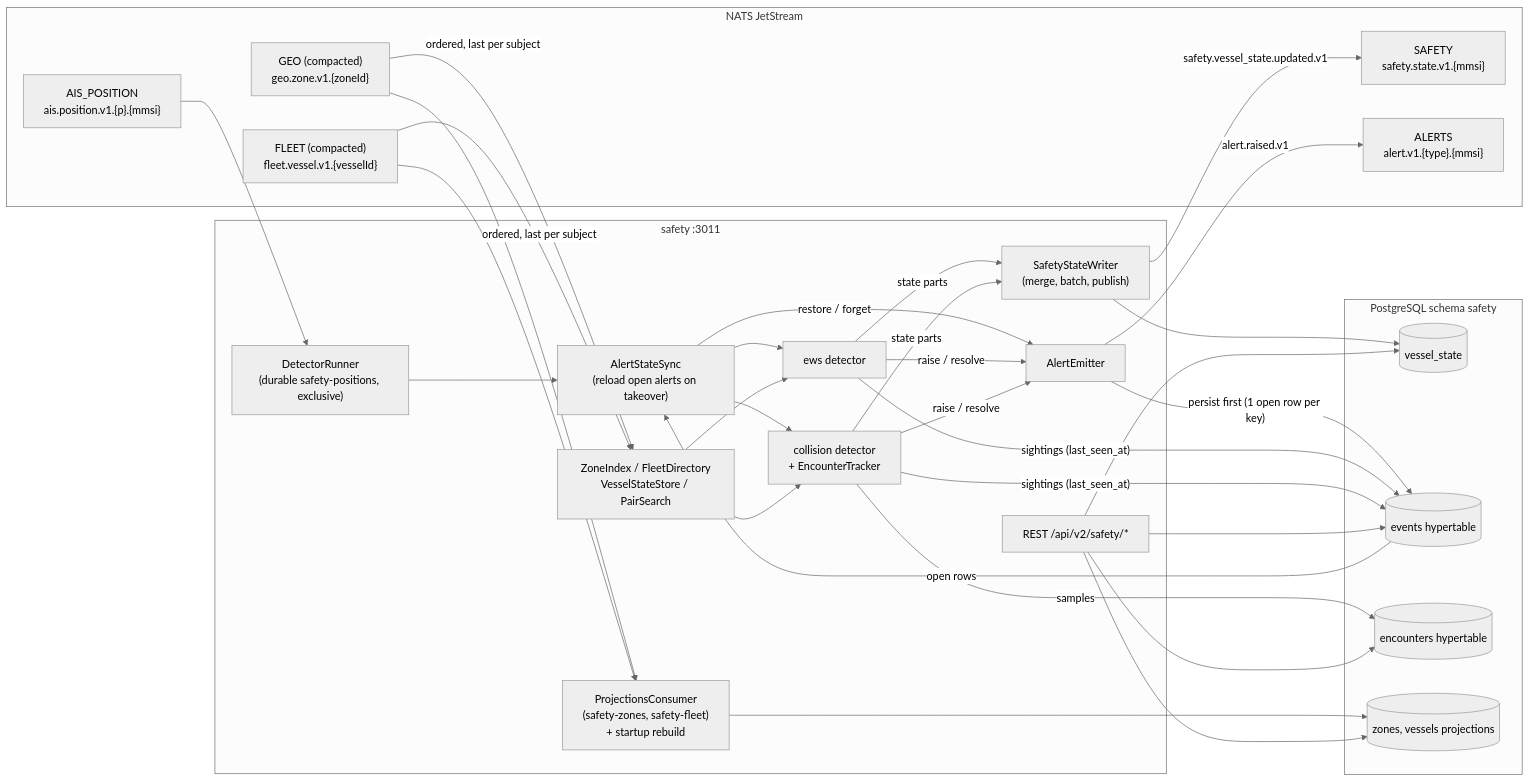
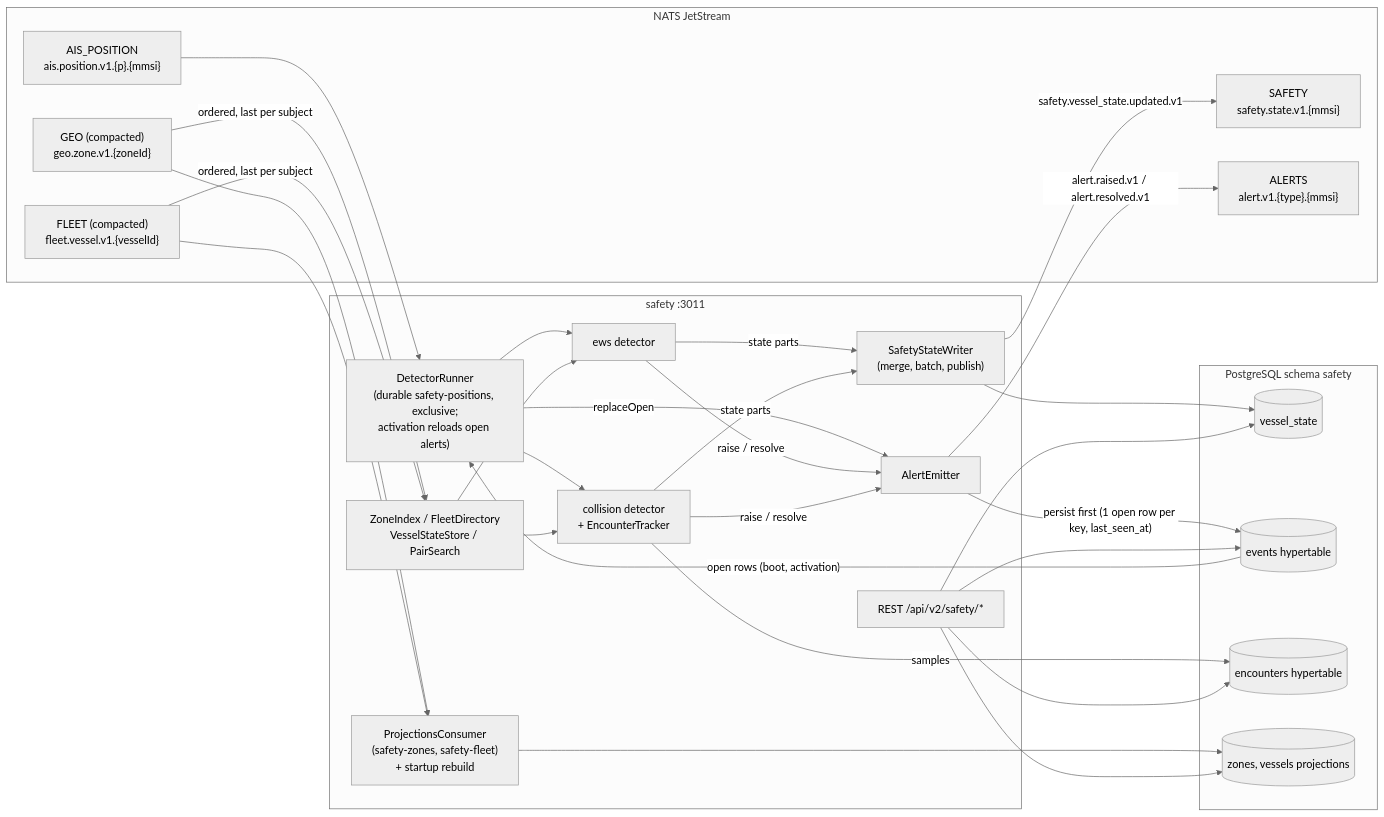
The diagram in README.md (DarmawanWeb/ais-its-safety-service), drawn with Mermaid (neutral theme) before and after one commit. The commit also changed other lines of this file and 64 other files, not shown here.

````diff
--- a/README.md
+++ b/README.md
@@ -35,43 +38,41 @@
 ```mermaid
 flowchart LR
   subgraph NATS["NATS JetStream"]
     AISP["AIS_POSITION<br/>ais.position.v1.{p}.{mmsi}"]
     GEO["GEO (compacted)<br/>geo.zone.v1.{zoneId}"]
     FLEET["FLEET (compacted)<br/>fleet.vessel.v1.{vesselId}"]
     SAFETY["SAFETY<br/>safety.state.v1.{mmsi}"]
     ALERTS["ALERTS<br/>alert.v1.{type}.{mmsi}"]
   end
   subgraph SVC["safety :3011"]
-    RUN["DetectorRunner<br/>(durable safety-positions, exclusive)"]
-    SYNC["AlertStateSync<br/>(reload open alerts on takeover)"]
+    RUN["DetectorRunner<br/>(durable safety-positions, exclusive;<br/>activation reloads open alerts)"]
     IDX["ZoneIndex / FleetDirectory<br/>VesselStateStore / PairSearch"]
     EWS["ews detector"]
     COL["collision detector<br/>+ EncounterTracker"]
     EMIT["AlertEmitter"]
     WRITER["SafetyStateWriter<br/>(merge, batch, publish)"]
     PROJ["ProjectionsConsumer<br/>(safety-zones, safety-fleet)<br/>+ startup rebuild"]
     API["REST /api/v2/safety/*"]
   end
   subgraph PG["PostgreSQL schema safety"]
     VS[(vessel_state)]
     EV[(events hypertable)]
     EN[(encounters hypertable)]
     PZ[(zones, vessels projections)]
   end
-  AISP --> RUN --> SYNC --> EWS & COL
-  EV -- open rows --> SYNC
-  SYNC -- restore / forget --> EMIT
+  AISP --> RUN --> EWS & COL
+  EV -- open rows (boot, activation) --> RUN
+  RUN -- replaceOpen --> EMIT
   GEO -- ordered, last per subject --> IDX
   FLEET -- ordered, last per subject --> IDX
   IDX --> EWS & COL
   EWS & COL -- raise / resolve --> EMIT
-  EMIT -- persist first (1 open row per key) --> EV
-  EWS & COL -- sightings (last_seen_at) --> EV
-  EMIT -- alert.raised.v1 --> ALERTS
+  EMIT -- persist first (1 open row per key, last_seen_at) --> EV
+  EMIT -- alert.raised.v1 / alert.resolved.v1 --> ALERTS
   EWS & COL -- state parts --> WRITER
   WRITER --> VS
   WRITER -- safety.vessel_state.updated.v1 --> SAFETY
   COL -- samples --> EN
   GEO & FLEET --> PROJ --> PZ
   API --> VS & EV & EN & PZ
 ```
````
